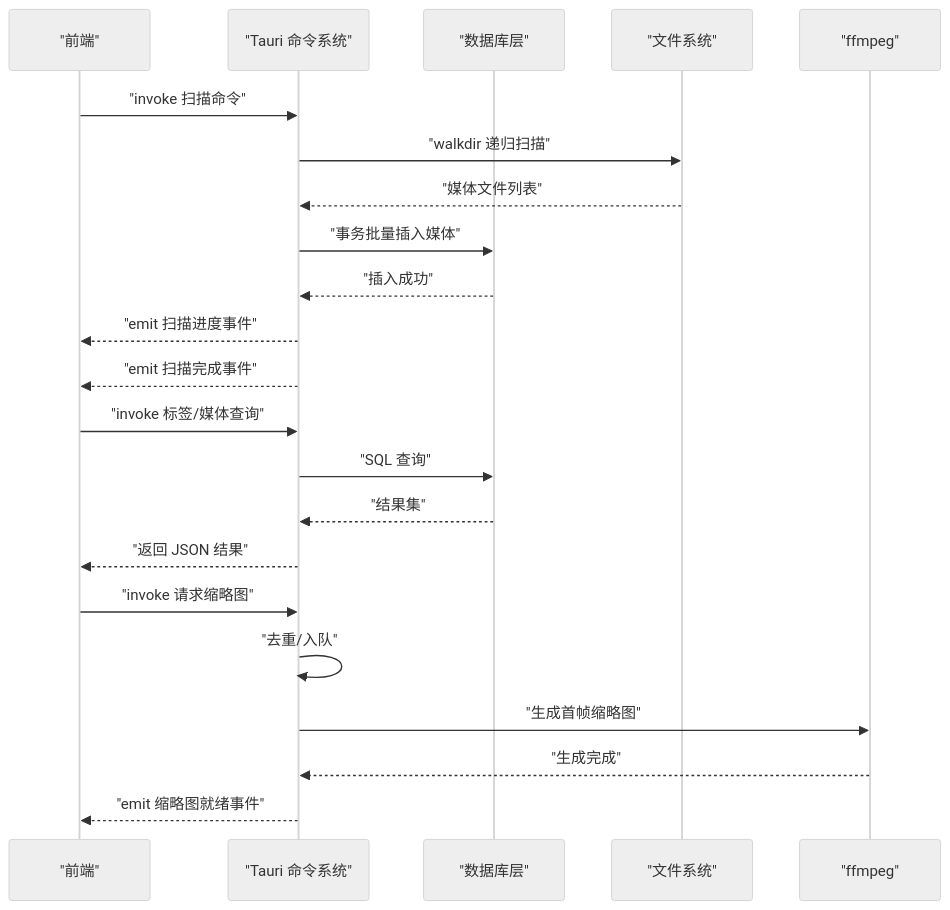
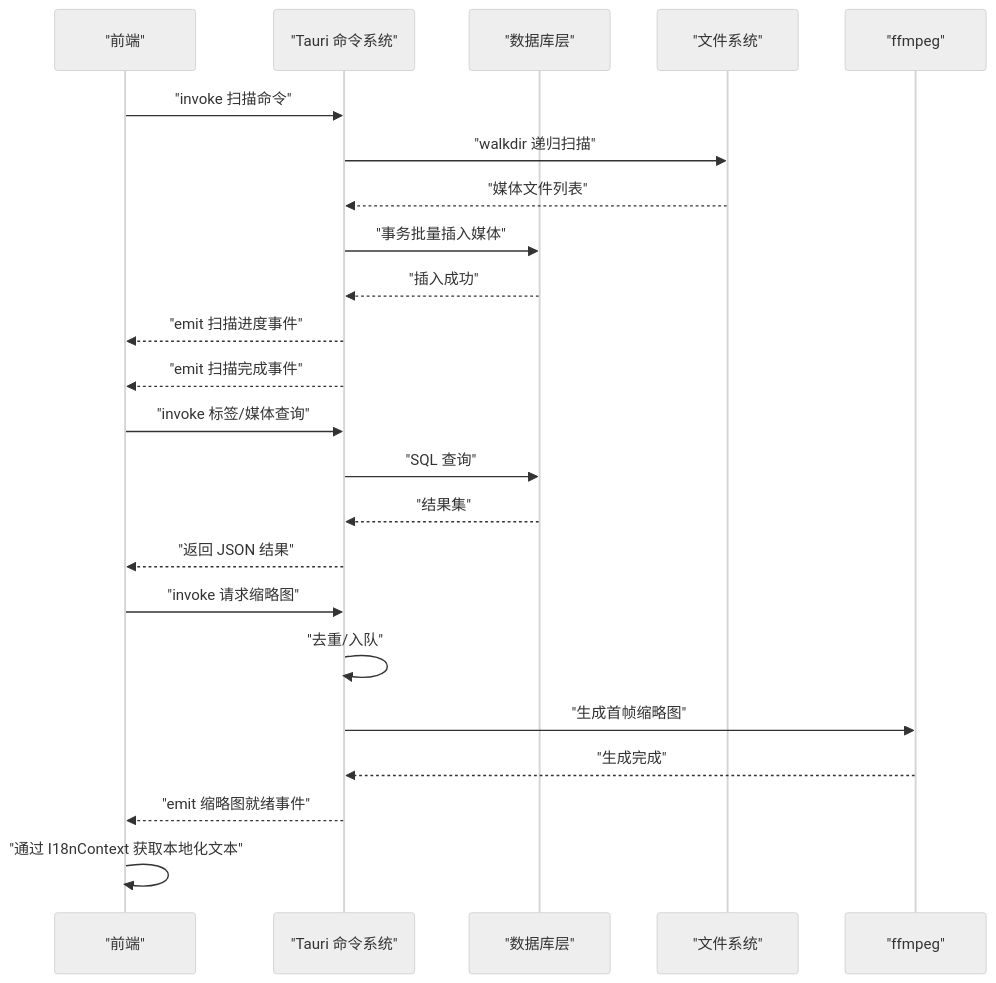
The second of 10 diagrams in doc/repowiki/zh/content/后端开发/后端开发.md (YLee9527/Medex), drawn with Mermaid (neutral theme) before and after one commit. The commit also changed other lines of this file and 31 other files, not shown here.

First line of the commit message:
docs(doc): 添加部署脚本、锁屏功能、发布指南及设置按钮图标文档

````diff
--- a/doc/repowiki/zh/content/后端开发/后端开发.md
+++ b/doc/repowiki/zh/content/后端开发/后端开发.md
@@ -125,24 +135,25 @@
 ```mermaid
 sequenceDiagram
 participant FE as "前端"
 participant Tauri as "Tauri 命令系统"
 participant DB as "数据库层"
 participant FS as "文件系统"
 participant FF as "ffmpeg"
 FE->>Tauri : "invoke 扫描命令"
 Tauri->>FS : "walkdir 递归扫描"
 FS-->>Tauri : "媒体文件列表"
 Tauri->>DB : "事务批量插入媒体"
 DB-->>Tauri : "插入成功"
 Tauri-->>FE : "emit 扫描进度事件"
 Tauri-->>FE : "emit 扫描完成事件"
 FE->>Tauri : "invoke 标签/媒体查询"
 Tauri->>DB : "SQL 查询"
 DB-->>Tauri : "结果集"
 Tauri-->>FE : "返回 JSON 结果"
 FE->>Tauri : "invoke 请求缩略图"
 Tauri->>Tauri : "去重/入队"
 Tauri->>FF : "生成首帧缩略图"
 FF-->>Tauri : "生成完成"
 Tauri-->>FE : "emit 缩略图就绪事件"
+FE->>FE : "通过 I18nContext 获取本地化文本"
 ```
````
